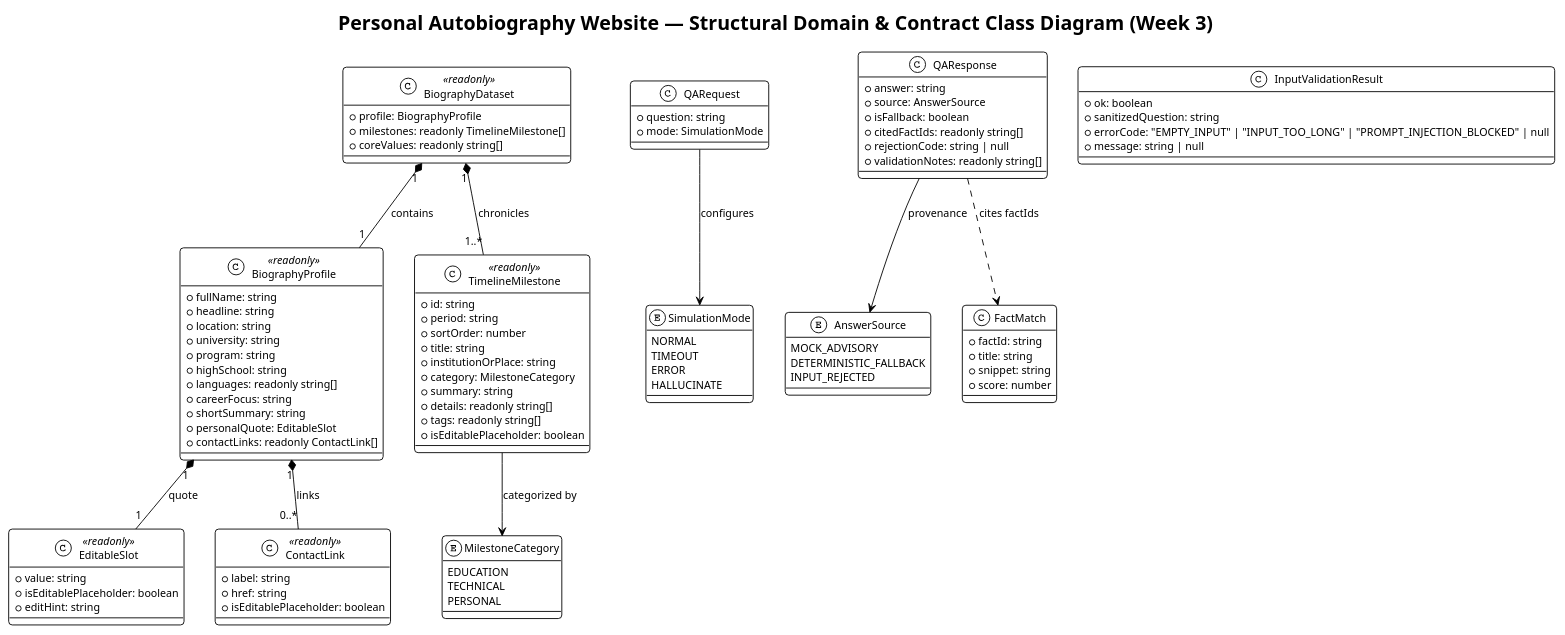
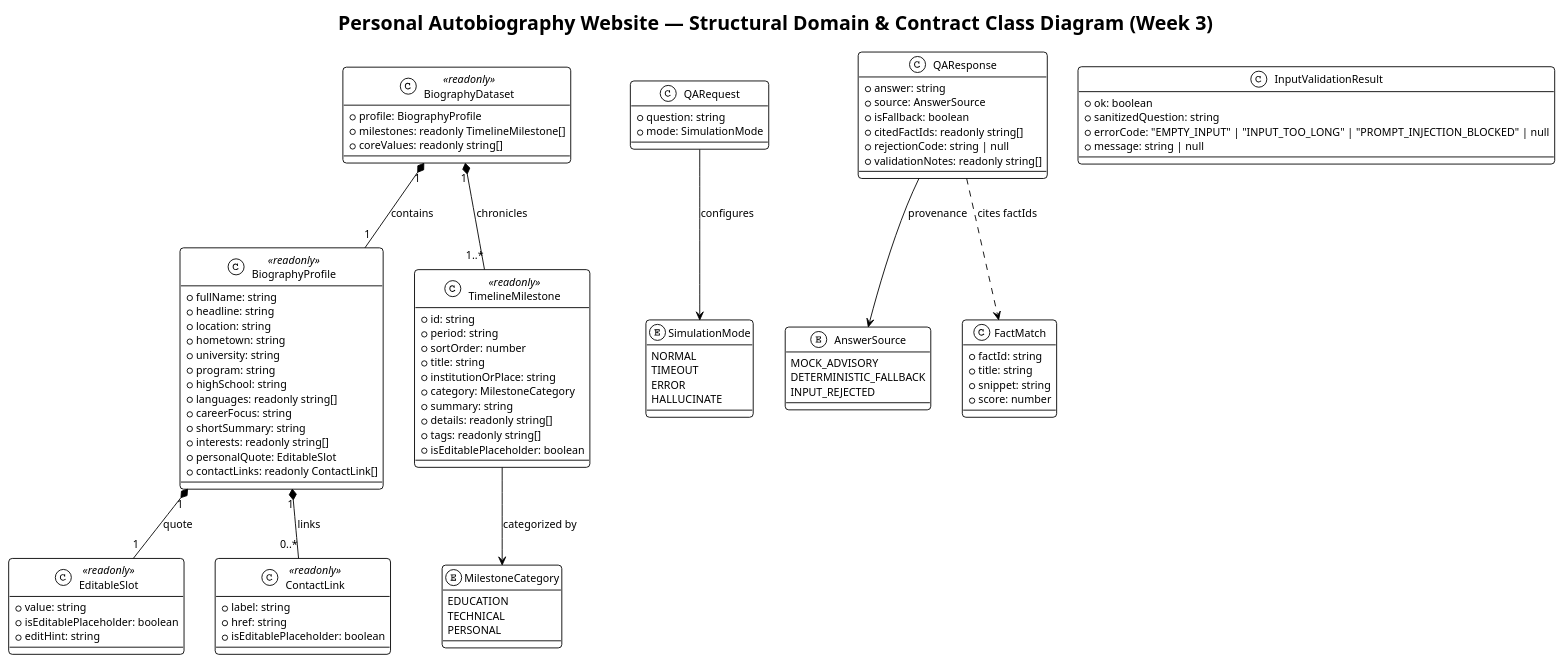
Before and after one commit to Sdnaa2/se-tsis-autobiography: the diagram in docs/diagrams/03_domain_class_diagram.puml, drawn with PlantUML. The commit also changed 21 other files, not shown here.

```diff
--- a/docs/diagrams/03_domain_class_diagram.puml
+++ b/docs/diagrams/03_domain_class_diagram.puml
@@ -1,112 +1,114 @@
 @startuml 03_domain_class_diagram
 !theme plain
 skinparam backgroundColor #FFFFFF
 skinparam defaultFontName "Segoe UI"
 skinparam defaultFontSize 12
 skinparam roundCorner 8
 skinparam shadowing false
 
 title Personal Autobiography Website — Structural Domain & Contract Class Diagram (Week 3)
 
 enum MilestoneCategory {
   EDUCATION
   TECHNICAL
   PERSONAL
 }
 
 enum SimulationMode {
   NORMAL
   TIMEOUT
   ERROR
   HALLUCINATE
 }
 
 enum AnswerSource {
   MOCK_ADVISORY
   DETERMINISTIC_FALLBACK
   INPUT_REJECTED
 }
 
 class BiographyProfile <<readonly>> {
   +fullName: string
   +headline: string
   +location: string
+  +hometown: string
   +university: string
   +program: string
   +highSchool: string
   +languages: readonly string[]
   +careerFocus: string
   +shortSummary: string
+  +interests: readonly string[]
   +personalQuote: EditableSlot
   +contactLinks: readonly ContactLink[]
 }
 
 class EditableSlot <<readonly>> {
   +value: string
   +isEditablePlaceholder: boolean
   +editHint: string
 }
 
 class ContactLink <<readonly>> {
   +label: string
   +href: string
   +isEditablePlaceholder: boolean
 }
 
 class TimelineMilestone <<readonly>> {
   +id: string
   +period: string
   +sortOrder: number
   +title: string
   +institutionOrPlace: string
   +category: MilestoneCategory
   +summary: string
   +details: readonly string[]
   +tags: readonly string[]
   +isEditablePlaceholder: boolean
 }
 
 class BiographyDataset <<readonly>> {
   +profile: BiographyProfile
   +milestones: readonly TimelineMilestone[]
   +coreValues: readonly string[]
 }
 
 class QARequest {
   +question: string
   +mode: SimulationMode
 }
 
 class InputValidationResult {
   +ok: boolean
   +sanitizedQuestion: string
   +errorCode: "EMPTY_INPUT" | "INPUT_TOO_LONG" | "PROMPT_INJECTION_BLOCKED" | null
   +message: string | null
 }
 
 class FactMatch {
   +factId: string
   +title: string
   +snippet: string
   +score: number
 }
 
 class QAResponse {
   +answer: string
   +source: AnswerSource
   +isFallback: boolean
   +citedFactIds: readonly string[]
   +rejectionCode: string | null
   +validationNotes: readonly string[]
 }
 
 BiographyDataset "1" *-- "1" BiographyProfile : contains
 BiographyDataset "1" *-- "1..*" TimelineMilestone : chronicles
 BiographyProfile "1" *-- "1" EditableSlot : quote
 BiographyProfile "1" *-- "0..*" ContactLink : links
 TimelineMilestone --> MilestoneCategory : categorized by
 QARequest --> SimulationMode : configures
 QAResponse --> AnswerSource : provenance
 QAResponse ..> FactMatch : cites factIds
 
 @enduml
```
